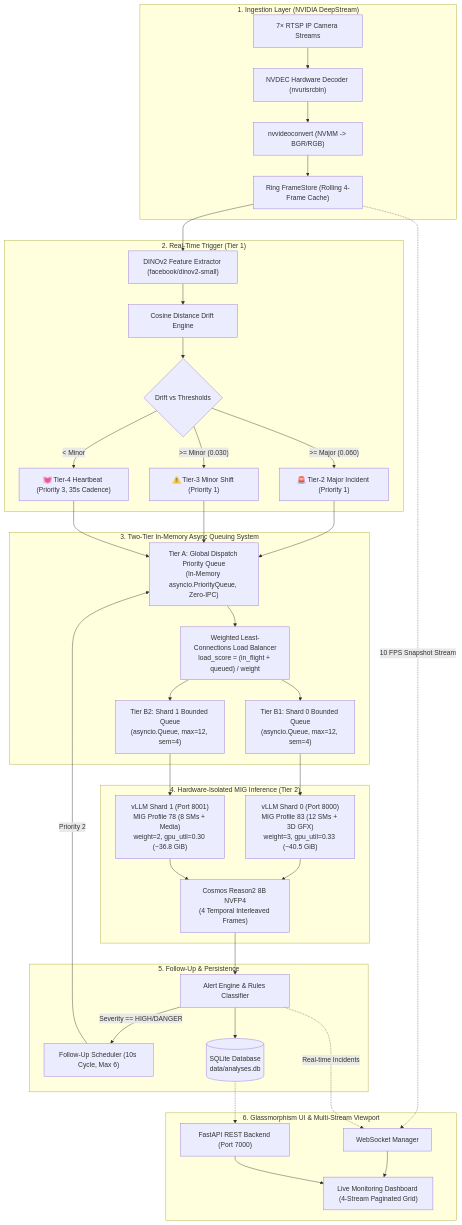
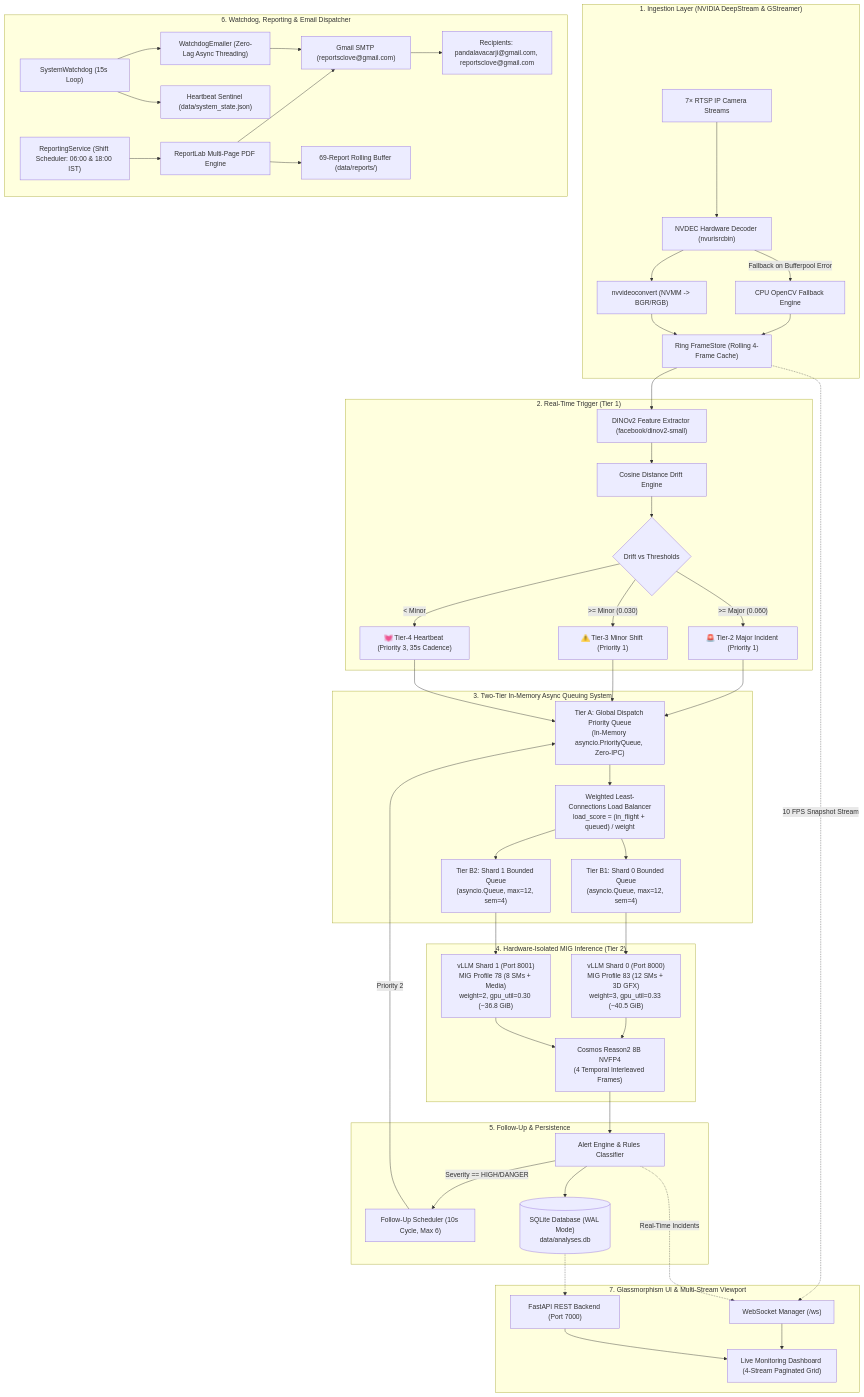
One commit to kaushikvarma-create/RapidAlert changed the first of 2 diagrams in README.md. Above: the diagram before and after it, drawn with Mermaid. The commit also changed other lines of this file and 16 other files, not shown here.

````diff
--- a/README.md
+++ b/README.md
@@ -48,48 +57,60 @@
 ```mermaid
 flowchart TB
-    subgraph INGEST["1. Ingestion Layer (NVIDIA DeepStream)"]
+    subgraph INGEST["1. Ingestion Layer (NVIDIA DeepStream & GStreamer)"]
         RTSP["7× RTSP IP Camera Streams"] --> NVDEC["NVDEC Hardware Decoder (nvurisrcbin)"]
+        NVDEC -->|Fallback on Bufferpool Error| CPU_FALLBACK["CPU OpenCV Fallback Engine"]
         NVDEC --> CONV["nvvideoconvert (NVMM -> BGR/RGB)"]
-        CONV --> STORE["Ring FrameStore (Rolling 4-Frame Cache)"]
+        CPU_FALLBACK --> STORE["Ring FrameStore (Rolling 4-Frame Cache)"]
+        CONV --> STORE
     end
 
     subgraph TRIGGER["2. Real-Time Trigger (Tier 1)"]
         STORE --> DINO["DINOv2 Feature Extractor (facebook/dinov2-small)"]
         DINO --> COSINE["Cosine Distance Drift Engine"]
         COSINE --> CLASSIFY{"Drift vs Thresholds"}
         CLASSIFY -->|">= Major (0.060)"| TIER2["🚨 Tier-2 Major Incident (Priority 1)"]
         CLASSIFY -->|">= Minor (0.030)"| TIER3["⚠️ Tier-3 Minor Shift (Priority 1)"]
         CLASSIFY -->|"< Minor"| HB["💓 Tier-4 Heartbeat (Priority 3, 35s Cadence)"]
     end
 
     subgraph QUEUE_LAYER["3. Two-Tier In-Memory Async Queuing System"]
         TIER2 --> PRIO_Q["Tier A: Global Dispatch Priority Queue<br>(In-Memory asyncio.PriorityQueue, Zero-IPC)"]
         TIER3 --> PRIO_Q
         HB --> PRIO_Q
         PRIO_Q --> ROUTER["Weighted Least-Connections Load Balancer<br>load_score = (in_flight + queued) / weight"]
         ROUTER --> SHARD_Q0["Tier B1: Shard 0 Bounded Queue<br>(asyncio.Queue, max=12, sem=4)"]
         ROUTER --> SHARD_Q1["Tier B2: Shard 1 Bounded Queue<br>(asyncio.Queue, max=12, sem=4)"]
     end
 
     subgraph MIG["4. Hardware-Isolated MIG Inference (Tier 2)"]
         SHARD_Q0 --> VLLM0["vLLM Shard 0 (Port 8000)<br>MIG Profile 83 (12 SMs + 3D GFX)<br>weight=3, gpu_util=0.33 (~40.5 GiB)"]
         SHARD_Q1 --> VLLM1["vLLM Shard 1 (Port 8001)<br>MIG Profile 78 (8 SMs + Media)<br>weight=2, gpu_util=0.30 (~36.8 GiB)"]
         VLLM0 --> VLM["Cosmos Reason2 8B NVFP4<br>(4 Temporal Interleaved Frames)"]
         VLLM1 --> VLM
     end
 
     subgraph PERSIST["5. Follow-Up & Persistence"]
         VLM --> ALERT_ENG["Alert Engine & Rules Classifier"]
         ALERT_ENG -->|Severity == HIGH/DANGER| FOLLOW["Follow-Up Scheduler (10s Cycle, Max 6)"]
         FOLLOW -->|Priority 2| PRIO_Q
-        ALERT_ENG --> SQLITE[("SQLite Database<br>data/analyses.db")]
+        ALERT_ENG --> SQLITE[("SQLite Database (WAL Mode)<br>data/analyses.db")]
     end
 
-    subgraph UI["6. Glassmorphism UI & Multi-Stream Viewport"]
-        STORE -.->|10 FPS Snapshot Stream| WS["WebSocket Manager"]
-        ALERT_ENG -.->|Real-time Incidents| WS
+    subgraph SERVICES["6. Watchdog, Reporting & Email Dispatcher"]
+        WATCHDOG["SystemWatchdog (15s Loop)"] --> SENTINEL["Heartbeat Sentinel (data/system_state.json)"]
+        WATCHDOG --> WATCH_EMAIL["WatchdogEmailer (Zero-Lag Async Threading)"]
+        REPORTS["ReportingService (Shift Scheduler: 06:00 & 18:00 IST)"] --> PDF_GEN["ReportLab Multi-Page PDF Engine"]
+        PDF_GEN --> REPORT_STORE["69-Report Rolling Buffer (data/reports/)"]
+        WATCH_EMAIL --> SMTP["Gmail SMTP (reportsclove@gmail.com)"]
+        PDF_GEN --> SMTP
+        SMTP --> RECIPIENTS["Recipients: pandalavacarji@gmail.com, reportsclove@gmail.com"]
+    end
+
+    subgraph UI["7. Glassmorphism UI & Multi-Stream Viewport"]
+        STORE -.->|10 FPS Snapshot Stream| WS["WebSocket Manager (/ws)"]
+        ALERT_ENG -.->|Real-Time Incidents| WS
         SQLITE -.-> API["FastAPI REST Backend (Port 7000)"]
         WS --> DASH["Live Monitoring Dashboard (4-Stream Paginated Grid)"]
         API --> DASH
     end
 ```
````
